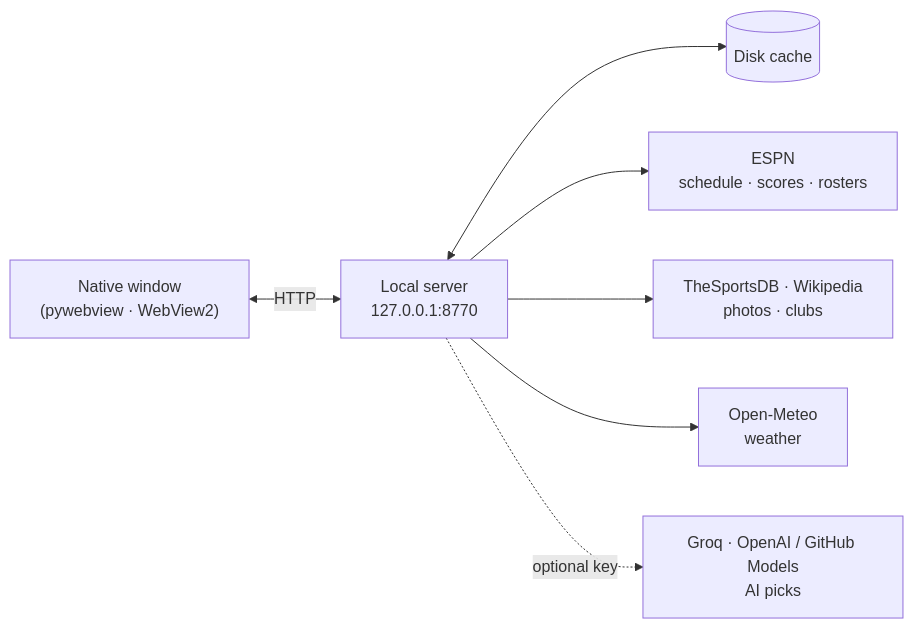
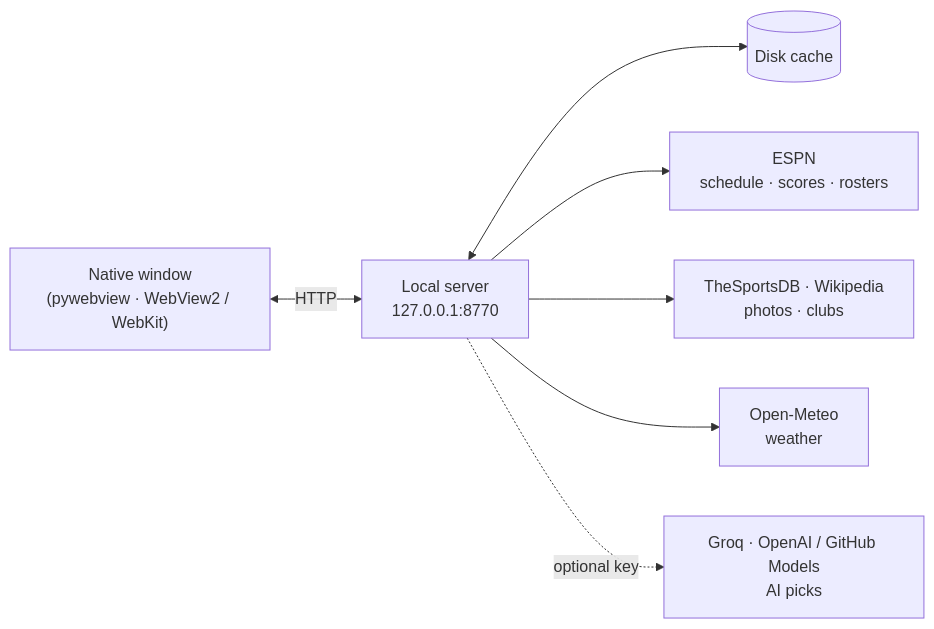
One commit to dongliquan/WorldCup_Pilot changed the diagram in README.md. Above: the diagram before and after it, drawn with Mermaid. The commit also changed other lines of this file and 15 other files, not shown here.

````diff
--- a/README.md
+++ b/README.md
@@ -24,9 +24,9 @@
 ```mermaid
 flowchart LR
-  W["Native window<br/>(pywebview · WebView2)"] <-->|HTTP| S["Local server<br/>127.0.0.1:8770"]
+  W["Native window<br/>(pywebview · WebView2 / WebKit)"] <-->|HTTP| S["Local server<br/>127.0.0.1:8770"]
   S <--> C[("Disk cache")]
   S --> E["ESPN<br/>schedule · scores · rosters"]
   S --> T["TheSportsDB · Wikipedia<br/>photos · clubs"]
   S --> M["Open-Meteo<br/>weather"]
   S -.->|optional key| A["Groq · OpenAI / GitHub Models<br/>AI picks"]
 ```
````
